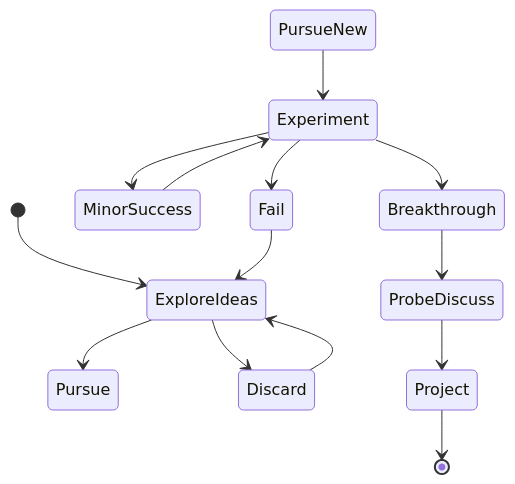
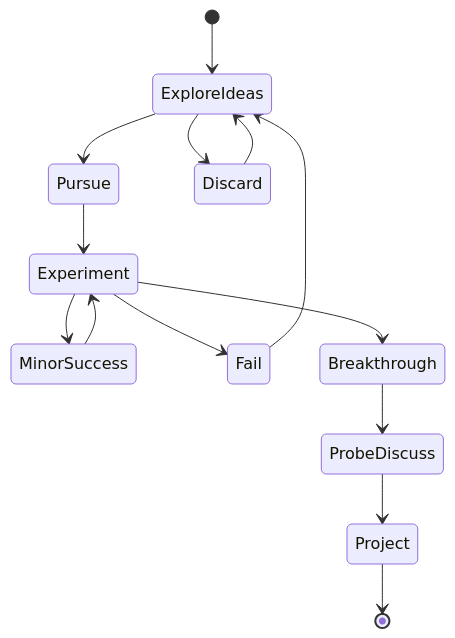
The first of 2 diagrams in content/post/my-first-post.md (feloundou/personal-page), drawn with Mermaid before and after one commit.

````diff
--- a/content/post/my-first-post.md
+++ b/content/post/my-first-post.md
@@ -12,18 +12,18 @@
 ```mermaid
 stateDiagram
 [*] --> ExploreIdeas
 ExploreIdeas --> Pursue
 ExploreIdeas --> Discard
 Discard --> ExploreIdeas
-PursueNew --> Experiment
+Pursue --> Experiment
 Experiment --> MinorSuccess
 Experiment --> Fail
 Experiment --> Breakthrough
 Fail --> ExploreIdeas
 MinorSuccess --> Experiment
 Breakthrough --> ProbeDiscuss
 ProbeDiscuss --> Project
 Project --> [*]
 
 
 ```
````
